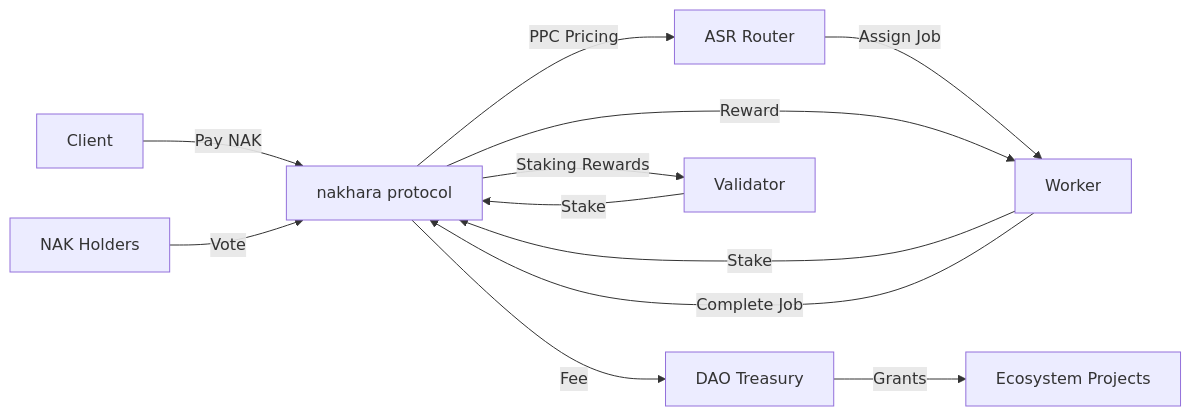
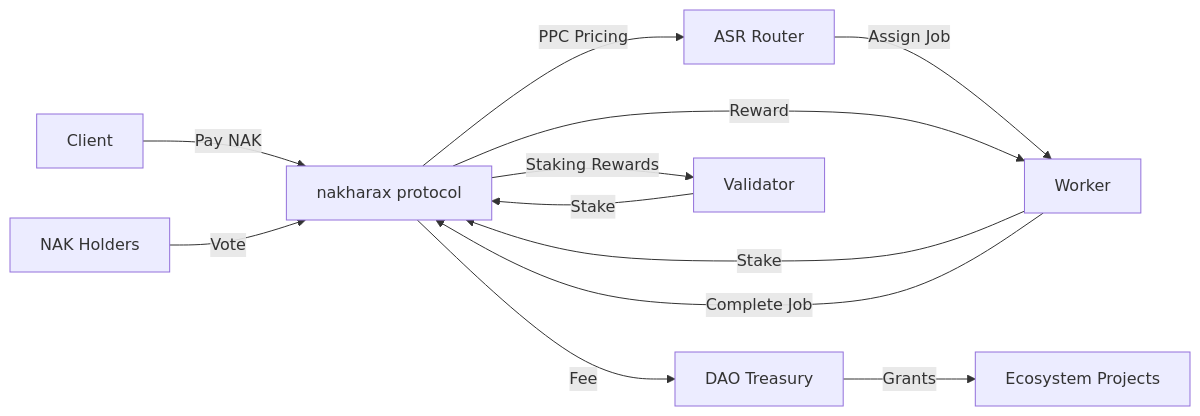
The diagram in docs/architecture/TOKENOMICS.md (axionaxprotocol/nakharax), drawn with Mermaid before and after one commit. The commit also changed other lines of this file and 476 other files, not shown here.

First line of the commit message:
refactor(rebrand): rename nakhara to nakharax

````diff
--- a/docs/architecture/TOKENOMICS.md
+++ b/docs/architecture/TOKENOMICS.md
@@ -124,17 +124,17 @@
 ```mermaid
 flowchart LR
-    Client[Client] -->|Pay NAK| Protocol[nakhara protocol]
+    Client[Client] -->|Pay NAK| Protocol[nakharax protocol]
     Protocol -->|PPC Pricing| ASR[ASR Router]
     ASR -->|Assign Job| Worker[Worker]
     Worker -->|Stake| Protocol
     Worker -->|Complete Job| Protocol
     Protocol -->|Reward| Worker
     Protocol -->|Fee| Treasury[DAO Treasury]
 
     Validator[Validator] -->|Stake| Protocol
     Protocol -->|Staking Rewards| Validator
 
     Treasury -->|Grants| Ecosystem[Ecosystem Projects]
 
     DAO[NAK Holders] -->|Vote| Protocol
 ```
````
